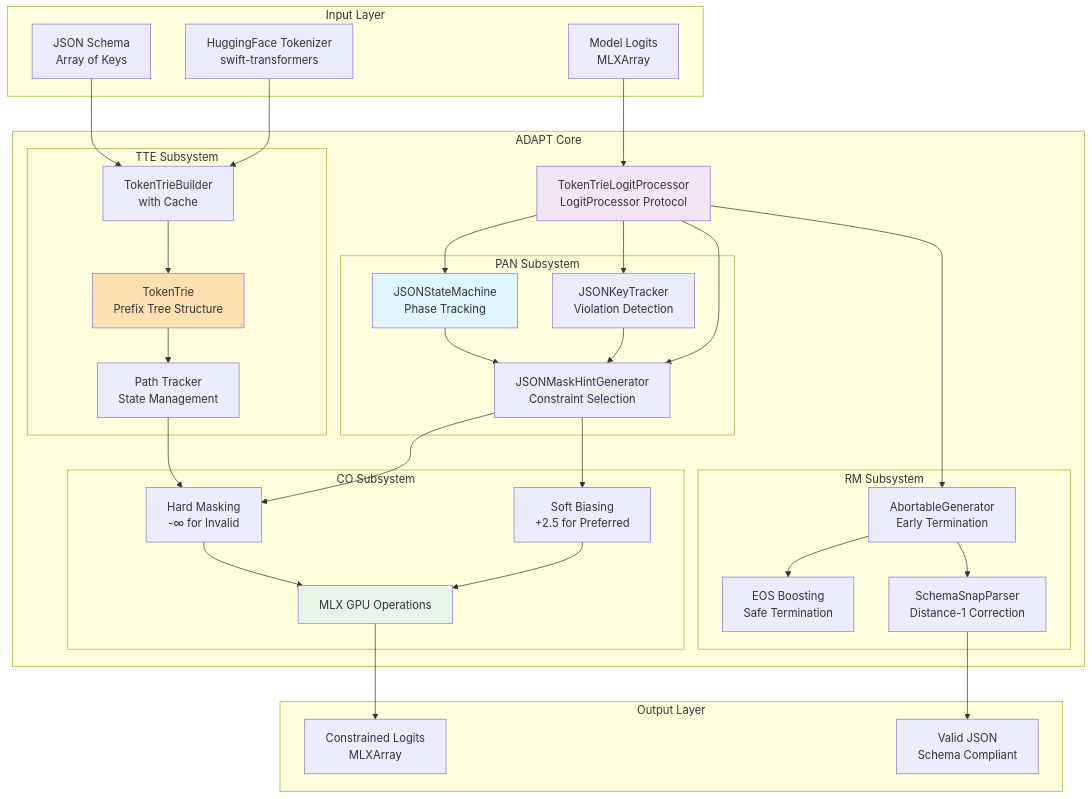
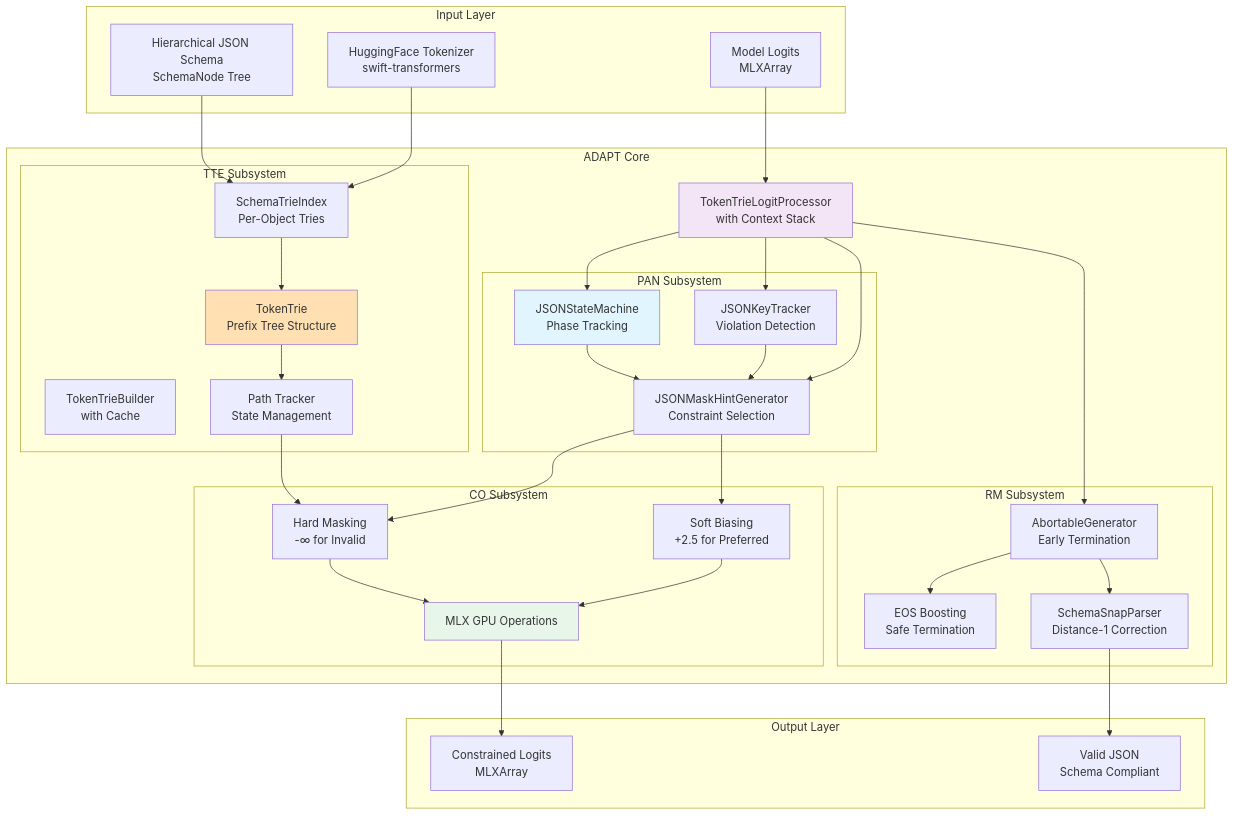
One commit to 1amageek/OpenFoundationModels-MLX changed the first of 4 diagrams in CLAUDE.md. Above: the diagram before and after it, drawn with Mermaid. The commit also changed other lines of this file and 15 other files, not shown here.

Commit message:
Enhance ADAPT to support hierarchical JSON schemas

````diff
--- a/CLAUDE.md
+++ b/CLAUDE.md
@@ -26,71 +35,72 @@
 ```mermaid
 graph TB
     subgraph "Input Layer"
-        Schema[JSON Schema<br/>Array of Keys]
+        Schema[Hierarchical JSON Schema<br/>SchemaNode Tree]
         Tokenizer[HuggingFace Tokenizer<br/>swift-transformers]
         Logits[Model Logits<br/>MLXArray]
     end
     
     subgraph "ADAPT Core"
-        TLP[TokenTrieLogitProcessor<br/>LogitProcessor Protocol]
+        TLP[TokenTrieLogitProcessor<br/>with Context Stack]
         
         subgraph "TTE Subsystem"
+            STI[SchemaTrieIndex<br/>Per-Object Tries]
             TT[TokenTrie<br/>Prefix Tree Structure]
             TTB[TokenTrieBuilder<br/>with Cache]
             Path[Path Tracker<br/>State Management]
         end
         
         subgraph "PAN Subsystem"
             JSM[JSONStateMachine<br/>Phase Tracking]
             JKT[JSONKeyTracker<br/>Violation Detection]
             JMH[JSONMaskHintGenerator<br/>Constraint Selection]
         end
         
         subgraph "CO Subsystem"
             HM[Hard Masking<br/>-∞ for Invalid]
             SB[Soft Biasing<br/>+2.5 for Preferred]
             MLXOps[MLX GPU Operations]
         end
         
         subgraph "RM Subsystem"
             AG[AbortableGenerator<br/>Early Termination]
             SSP[SchemaSnapParser<br/>Distance-1 Correction]
             EOS[EOS Boosting<br/>Safe Termination]
         end
     end
     
     subgraph "Output Layer"
         MaskedLogits[Constrained Logits<br/>MLXArray]
         JSON[Valid JSON<br/>Schema Compliant]
     end
     
-    Schema --> TTB
-    Tokenizer --> TTB
-    TTB --> TT
+    Schema --> STI
+    Tokenizer --> STI
+    STI --> TT
     TT --> Path
     
     Logits --> TLP
     TLP --> JSM
     TLP --> JKT
     TLP --> JMH
     
     JSM --> JMH
     JKT --> JMH
     JMH --> HM
     JMH --> SB
     
     Path --> HM
     HM --> MLXOps
     SB --> MLXOps
     MLXOps --> MaskedLogits
     
     TLP --> AG
     AG --> EOS
     AG --> SSP
     SSP --> JSON
     
     style TLP fill:#f3e5f5
     style TT fill:#ffe0b2
     style JSM fill:#e1f5fe
     style MLXOps fill:#e8f5e9
 ```
````
